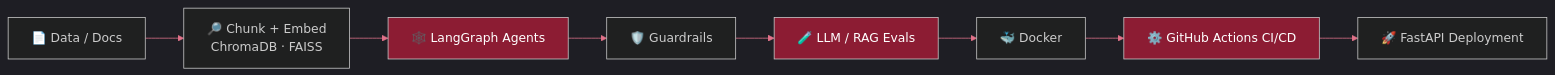
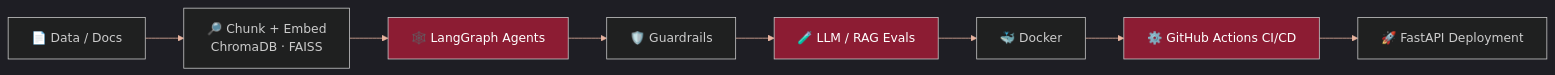
Before and after one commit to saifullah857/saifullah857: the diagram in README.md, drawn with Mermaid. The commit also changed other lines of this file, not shown here.

````diff
--- a/README.md
+++ b/README.md
@@ -227,14 +223,14 @@
 ```mermaid
-%%{init: {'theme':'dark','themeVariables':{'primaryColor':'#3a1620','primaryBorderColor':'#8c1c33','primaryTextColor':'#f5e9eb','lineColor':'#e0728a','fontFamily':'sans-serif'}}}%%
+%%{init: {'theme':'dark','themeVariables':{'primaryColor':'#3a1620','primaryBorderColor':'#8c1c33','primaryTextColor':'#f5e9eb','lineColor':'#e8b4a0','fontFamily':'sans-serif'}}}%%
 flowchart LR
     A[📄 Data / Docs] --> B[🔎 Chunk + Embed<br/>ChromaDB · FAISS]
     B --> C[🕸️ LangGraph Agents]
     C --> D[🛡️ Guardrails]
     D --> E[🧪 LLM / RAG Evals]
     E --> F[🐳 Docker]
     F --> G[⚙️ GitHub Actions CI/CD]
     G --> H[🚀 FastAPI Deployment]
     style C fill:#8c1c33,color:#fff
     style E fill:#8c1c33,color:#fff
     style G fill:#8c1c33,color:#fff
 ```
````
